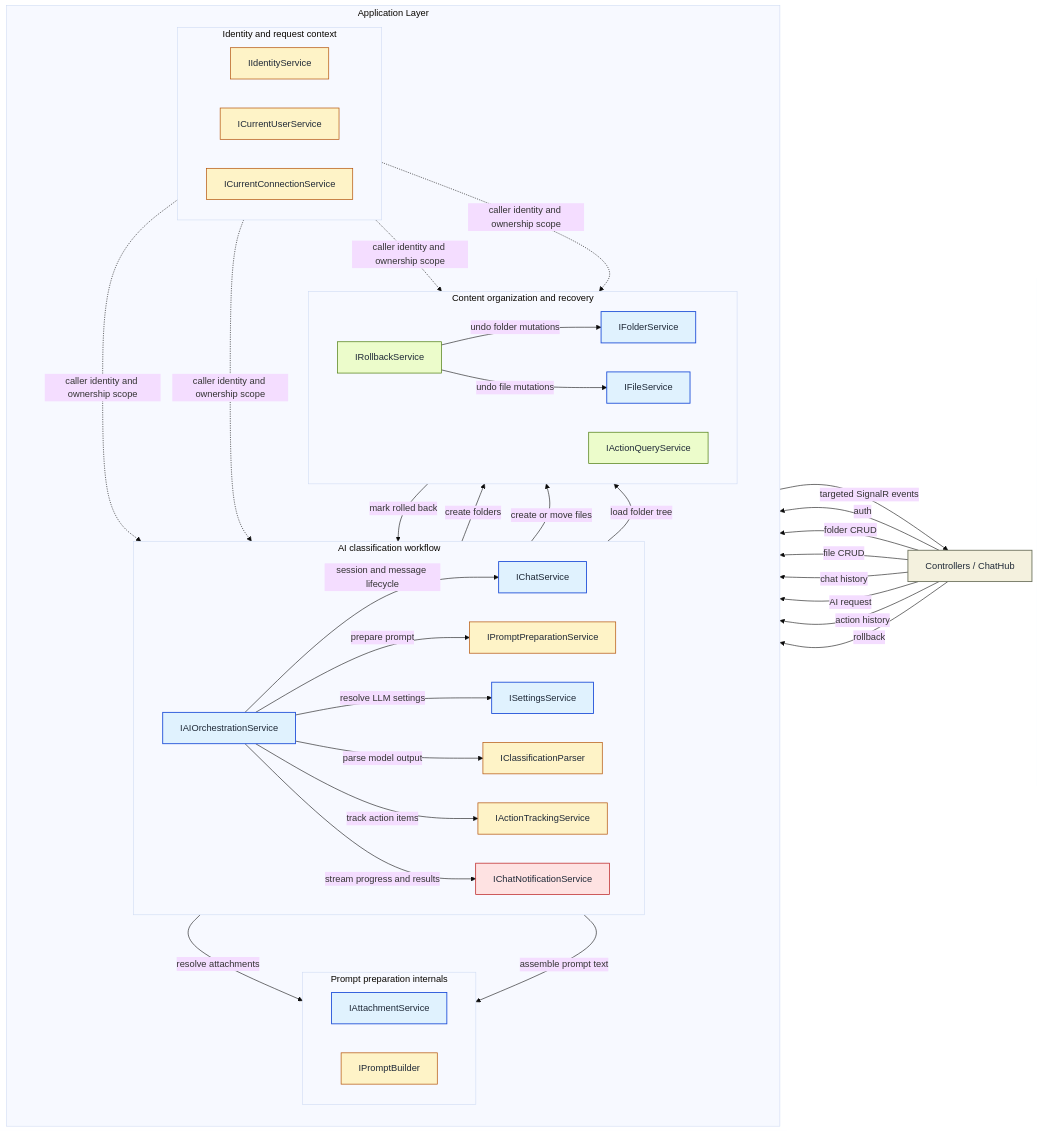
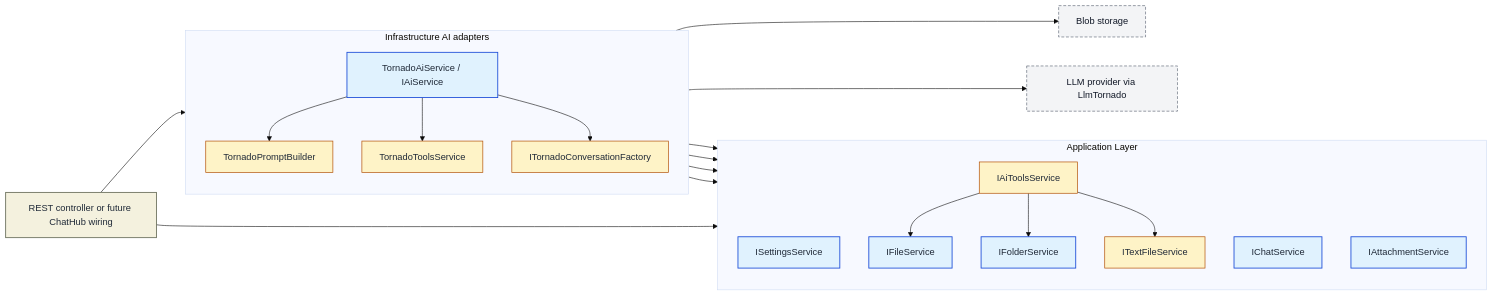
One commit to BarminGeorge/ShuKnow changed the first of 2 diagrams in docs/agents/SERVICES_ARCHITECTURE.md. Above: the diagram before and after it, drawn with Mermaid (base theme). The commit also changed other lines of this file and 4 other files, not shown here.

````diff
--- a/docs/agents/SERVICES_ARCHITECTURE.md
+++ b/docs/agents/SERVICES_ARCHITECTURE.md
@@ -554,78 +156,47 @@
 ```mermaid
 flowchart LR
     classDef entry fill:#F4F1DE,stroke:#6B705C,color:#1F2937,stroke-width:1.5px;
     classDef core fill:#E0F2FE,stroke:#1D4ED8,color:#1F2937,stroke-width:1.5px;
     classDef support fill:#FEF3C7,stroke:#B45309,color:#1F2937,stroke-width:1.2px;
-    classDef recovery fill:#ECFCCB,stroke:#4D7C0F,color:#1F2937,stroke-width:1.2px;
     classDef transport fill:#FEE2E2,stroke:#B91C1C,color:#1F2937,stroke-width:1.2px;
+    classDef external fill:#F3F4F6,stroke:#6B7280,color:#111827,stroke-width:1.2px,stroke-dasharray: 5 3;
 
-    Client["Controllers / ChatHub"]:::entry
+    Caller["REST controller or future ChatHub wiring"]:::entry
 
     subgraph App["Application Layer"]
         direction TB
-
-        subgraph Workflow["AI classification workflow"]
-            direction LR
-            ChatService["IChatService"]:::core
-            SettingsService["ISettingsService"]:::core
-            AIOrchestration["IAIOrchestrationService"]:::core
-            PromptPrep["IPromptPreparationService"]:::support
-            ClassificationParser["IClassificationParser"]:::support
-            ActionTracking["IActionTrackingService"]:::support
-            ChatNotification["IChatNotificationService"]:::transport
-        end
-
-        subgraph PromptInternals["Prompt preparation internals"]
-            direction LR
-            AttachmentService["IAttachmentService"]:::core
-            PromptBuilder["IPromptBuilder"]:::support
-        end
-
-        subgraph Content["Content organization and recovery"]
-            direction LR
-            FolderService["IFolderService"]:::core
-            FileService["IFileService"]:::core
-            ActionQueryService["IActionQueryService"]:::recovery
-            RollbackService["IRollbackService"]:::recovery
-        end
-
-        subgraph Identity["Identity and request context"]
-            direction LR
-            IdentityService["IIdentityService"]:::support
-            CurrentUser["ICurrentUserService"]:::support
-            CurrentConnection["ICurrentConnectionService"]:::support
-        end
+        Settings["ISettingsService"]:::core
+        Chat["IChatService"]:::core
+        Attachments["IAttachmentService"]:::core
+        Files["IFileService"]:::core
+        Folders["IFolderService"]:::core
+        TextFiles["ITextFileService"]:::support
+        AiTools["IAiToolsService"]:::support
     end
 
-    Client -->|auth| IdentityService
-    Client -->|folder CRUD| FolderService
-    Client -->|file CRUD| FileService
-    Client -->|chat history| ChatService
-    Client -->|AI request| AIOrchestration
-    Client -->|action history| ActionQueryService
-    Client -->|rollback| RollbackService
+    subgraph Infra["Infrastructure AI adapters"]
+        direction TB
+        Ai["TornadoAiService / IAiService"]:::core
+        Prompt["TornadoPromptBuilder"]:::support
+        Tools["TornadoToolsService"]:::support
+        Factory["ITornadoConversationFactory"]:::support
+    end
 
-    AIOrchestration -->|session and message lifecycle| ChatService
-    AIOrchestration -->|prepare prompt| PromptPrep
-    AIOrchestration -->|resolve LLM settings| SettingsService
-    AIOrchestration -->|parse model output| ClassificationParser
-    AIOrchestration -->|track action items| ActionTracking
-    AIOrchestration -->|create folders| FolderService
-    AIOrchestration -->|create or move files| FileService
-    AIOrchestration -->|stream progress and results| ChatNotification
+    LLM["LLM provider via LlmTornado"]:::external
+    BlobStore["Blob storage"]:::external
 
-    PromptPrep -->|load folder tree| FolderService
-    PromptPrep -->|resolve attachments| AttachmentService
-    PromptPrep -->|assemble prompt text| PromptBuilder
-
-    RollbackService -->|undo file mutations| FileService
-    RollbackService -->|undo folder mutations| FolderService
-    RollbackService -->|mark rolled back| ActionTracking
-
-    CurrentUser -. caller identity and ownership scope .-> AIOrchestration
-    CurrentUser -. caller identity and ownership scope .-> FolderService
-    CurrentUser -. caller identity and ownership scope .-> FileService
-    CurrentUser -. caller identity and ownership scope .-> ChatService
-
-    ChatNotification -->|targeted SignalR events| Client
+    Caller --> Settings
+    Caller --> Ai
+    Ai --> Chat
+    Ai --> Prompt
+    Ai --> Tools
+    Ai --> Factory
+    Prompt --> Chat
+    Prompt --> Attachments
+    Prompt --> BlobStore
+    Tools --> AiTools
+    AiTools --> Files
+    AiTools --> Folders
+    AiTools --> TextFiles
+    Factory --> LLM
 ```
````
